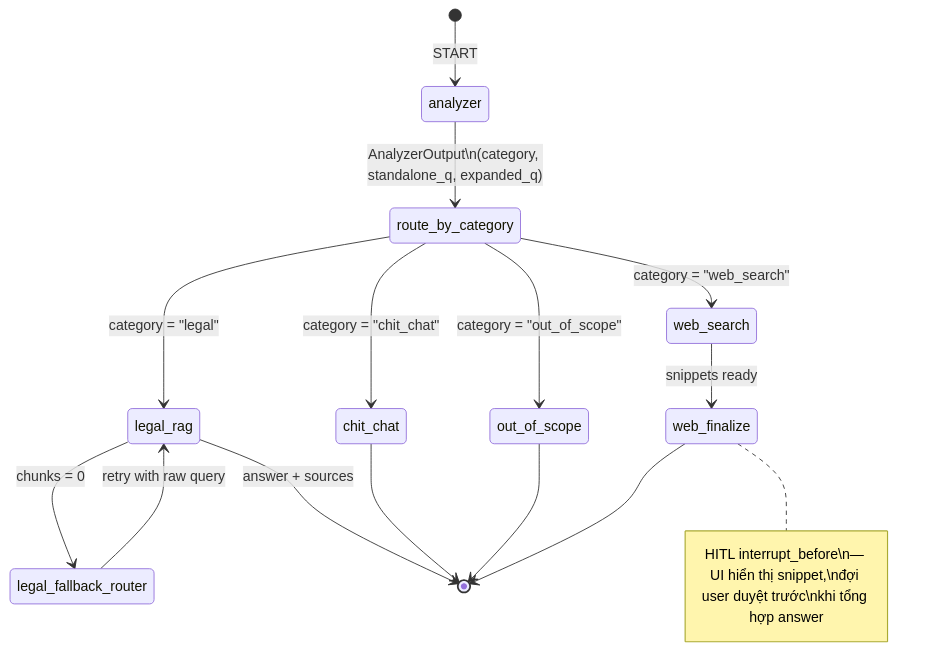
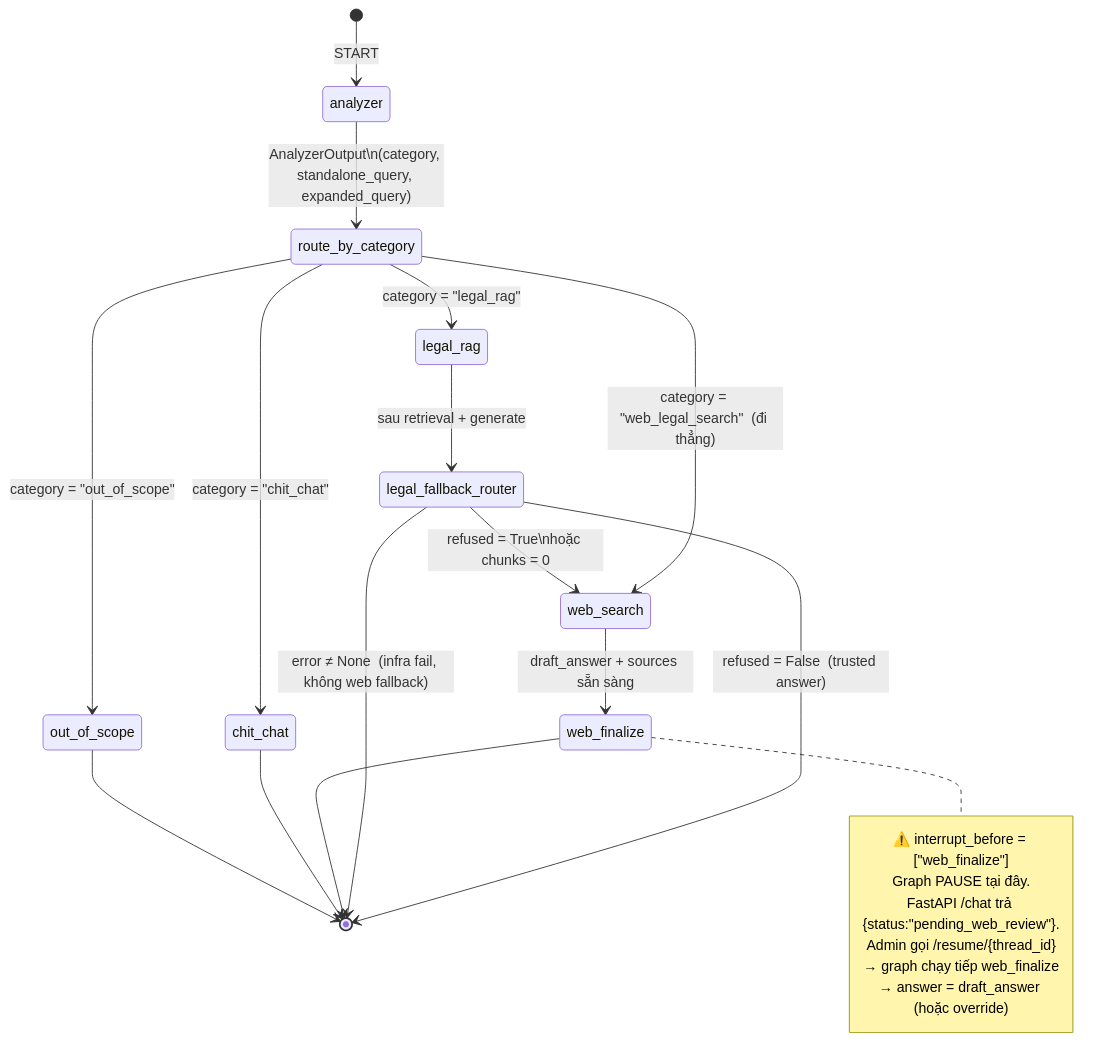
The third of 6 diagrams in doc/bao_cao_he_thong.md (MacPhuPhong/TRAFFIC_LAW_LLM_RAG_AGENTIC), drawn with Mermaid before and after one commit. The commit also changed other lines of this file, not shown here.

Commit message:
docs: update system report to v6.2, adding Next.js migration and Admin HITL details

````diff
--- a/doc/bao_cao_he_thong.md
+++ b/doc/bao_cao_he_thong.md
@@ -802,22 +804,31 @@
 ```mermaid
 stateDiagram-v2
     [*] --> analyzer : START
-    analyzer --> route_by_category : AnalyzerOutput\n(category, standalone_q, expanded_q)
+    analyzer --> route_by_category : AnalyzerOutput\n(category, standalone_query, expanded_query)
 
     state route_by_category <<choice>>
-    route_by_category --> legal_rag : category = "legal"
-    route_by_category --> chit_chat : category = "chit_chat"
-    route_by_category --> web_search : category = "web_search"
-    route_by_category --> out_of_scope : category = "out_of_scope"
+    route_by_category --> legal_rag        : category = "legal_rag"
+    route_by_category --> chit_chat        : category = "chit_chat"
+    route_by_category --> web_search       : category = "web_legal_search"  (đi thẳng)
+    route_by_category --> out_of_scope     : category = "out_of_scope"
 
-    legal_rag --> legal_fallback_router : chunks = 0
-    legal_fallback_router --> legal_rag : retry with raw query
-    legal_rag --> [*] : answer + sources
+    legal_rag --> legal_fallback_router    : sau retrieval + generate
+    state legal_fallback_router <<choice>>
+    legal_fallback_router --> [*]          : refused = False  (trusted answer)
+    legal_fallback_router --> web_search   : refused = True\nhoặc chunks = 0
+    legal_fallback_router --> [*]          : error ≠ None  (infra fail, không web fallback)
+
+    web_search --> web_finalize            : draft_answer + sources sẵn sàng
+    note right of web_finalize
+      ⚠️ interrupt_before = ["web_finalize"]
+      Graph PAUSE tại đây.
+      FastAPI /chat trả {status:"pending_web_review"}.
+      Admin gọi /resume/{thread_id}
+      → graph chạy tiếp web_finalize
+      → answer = draft_answer (hoặc override)
+    end note
+    web_finalize --> [*]
 
     chit_chat --> [*]
     out_of_scope --> [*]
-
-    web_search --> web_finalize : snippets ready
-    note right of web_finalize : HITL interrupt_before\n— UI hiển thị snippet,\nđợi user duyệt trước\nkhi tổng hợp answer
-    web_finalize --> [*]
 ```
````
